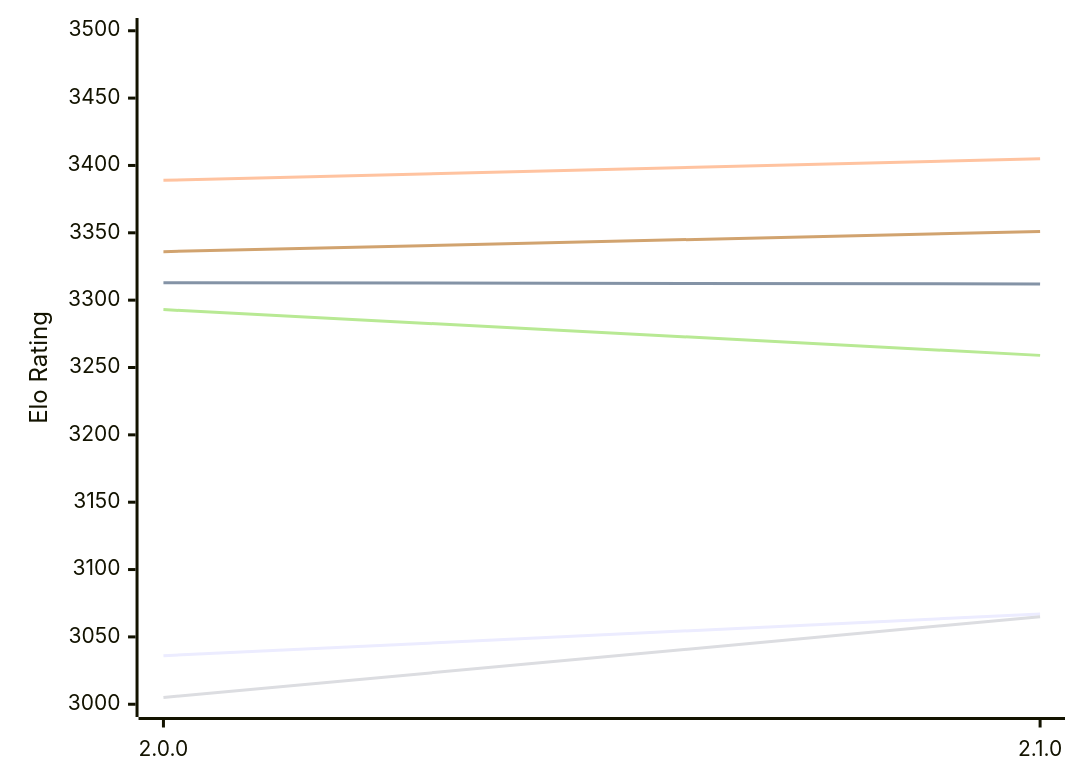
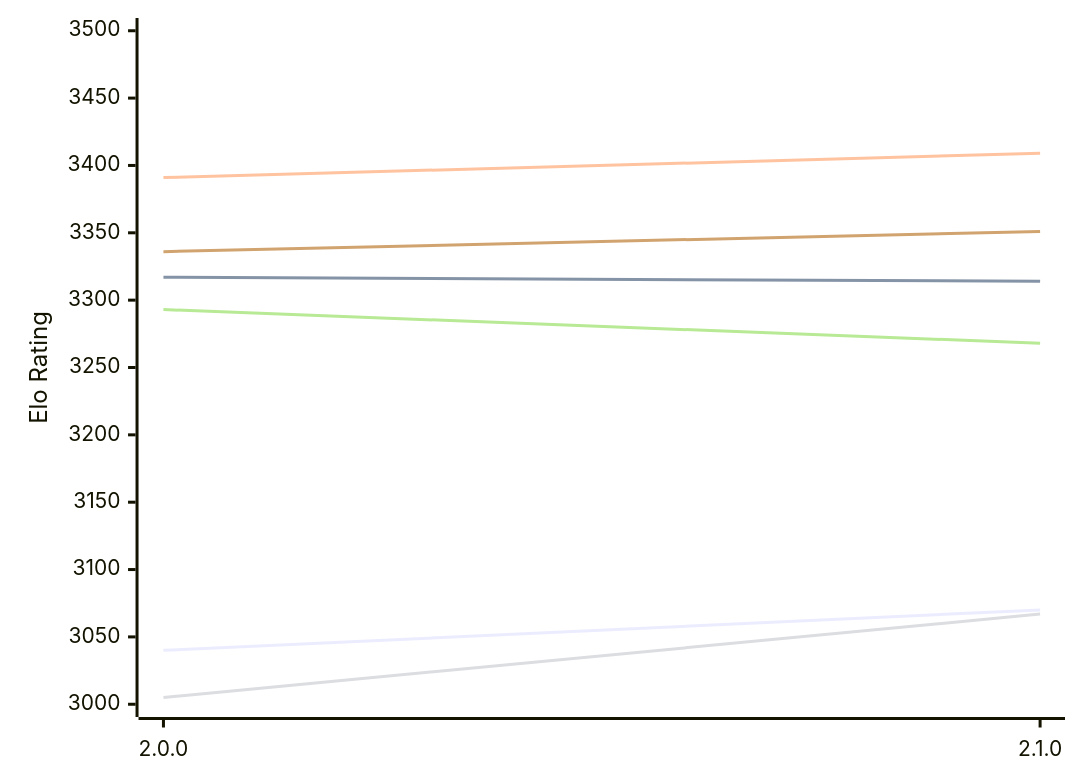
The diagram in engines/Sapling.md (computer-chess-index/cci), drawn with Mermaid before and after one commit. The commit also changed other lines of this file, not shown here.

Commit message:
Update CCI Ratings (ELO VLTC) - 2026-11-22

````diff
--- a/engines/Sapling.md
+++ b/engines/Sapling.md
@@ -49,12 +49,12 @@
 ```mermaid
 %%{init: {"theme":"base","themeVariables":{"seriesColors:['#a3a3a3','#222221','#faa371']}}}%%
 xychart-beta
   x-axis ["2.0.0", "2.1.0"]
   y-axis "Elo Rating" 3000 --> 3500
-  line "E1: STC (8.0+0.08s)" [3036, 3067]
-  line "E1: LTC (60.0+0.60s)" [3313, 3312]
-  line "E1: VLTC (2m24s+1.12s)" [3389, 3405]
-  line "P1: STC (8.0+0.08s)" [3005, 3065]
-  line "P1: LTC (60.0+0.60s)" [3293, 3259]
+  line "E1: STC (8.0+0.08s)" [3040, 3070]
+  line "E1: LTC (60.0+0.60s)" [3317, 3314]
+  line "E1: VLTC (2m24s+1.12s)" [3391, 3409]
+  line "P1: STC (8.0+0.08s)" [3005, 3067]
+  line "P1: LTC (60.0+0.60s)" [3293, 3268]
   line "P1: VLTC (2m24s+1.12s)" [3336, 3351]
 ```
````
